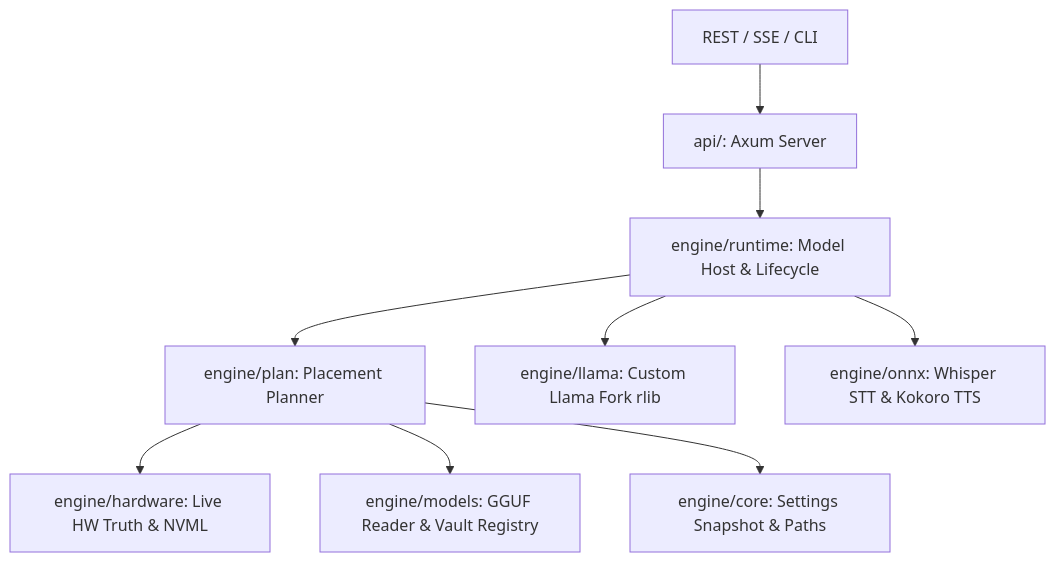
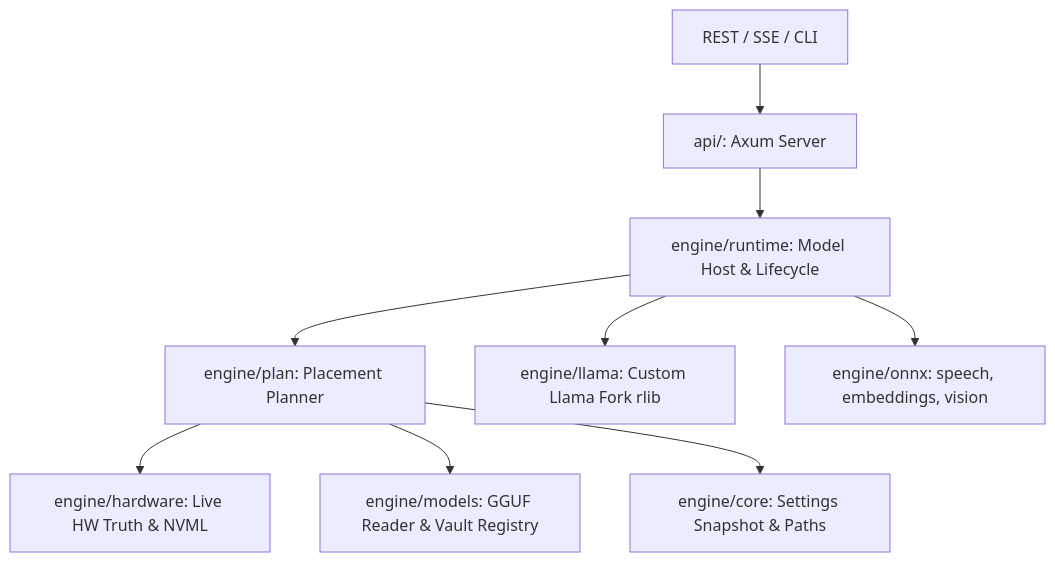
The diagram in engine/README.md (cluaiz/cluaiz), drawn with Mermaid before and after one commit. The commit also changed other lines of this file and 74 other files, not shown here.

````diff
--- a/engine/README.md
+++ b/engine/README.md
@@ -7,11 +7,11 @@
 ```mermaid
 graph TD
     Client[REST / SSE / CLI] --> API[api/: Axum Server]
     API --> Runtime[engine/runtime: Model Host & Lifecycle]
     Runtime --> Plan[engine/plan: Placement Planner]
     Plan --> HW[engine/hardware: Live HW Truth & NVML]
     Plan --> Models[engine/models: GGUF Reader & Vault Registry]
     Plan --> Core[engine/core: Settings Snapshot & Paths]
     Runtime --> Llama[engine/llama: Custom Llama Fork rlib]
-    Runtime --> ONNX[engine/onnx: Whisper STT & Kokoro TTS]
+    Runtime --> ONNX[engine/onnx: speech, embeddings, vision]
 ```
````
